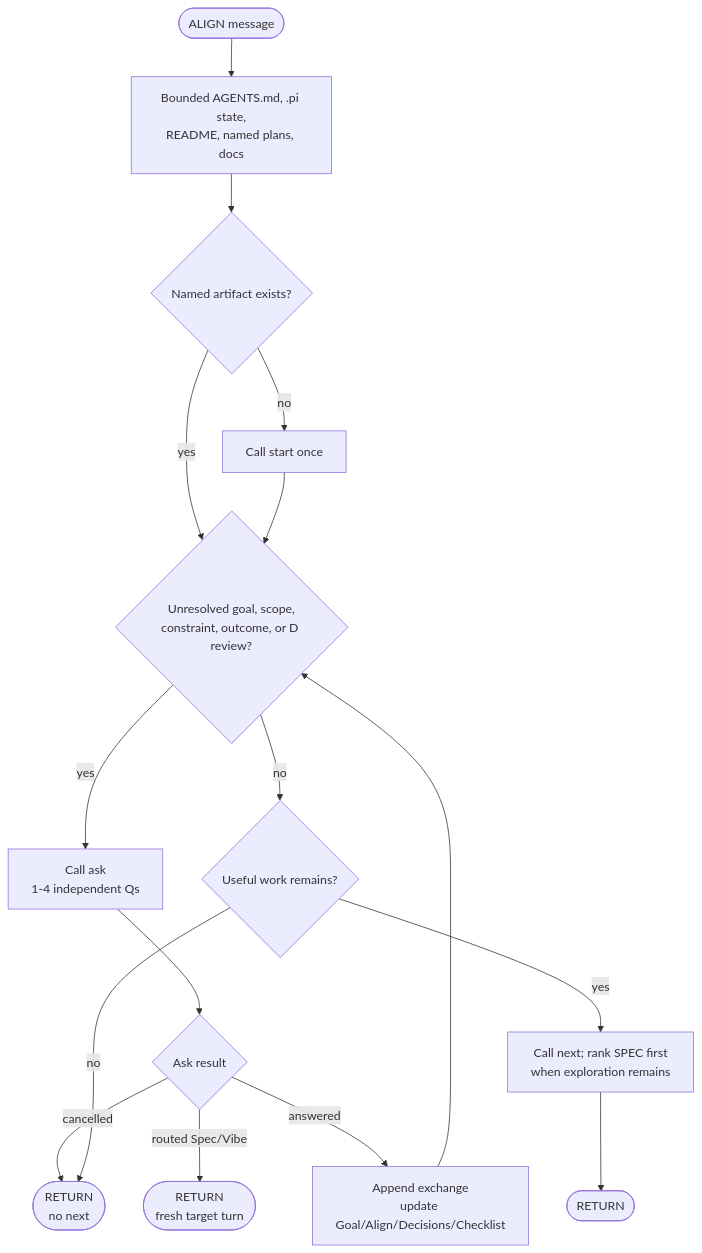
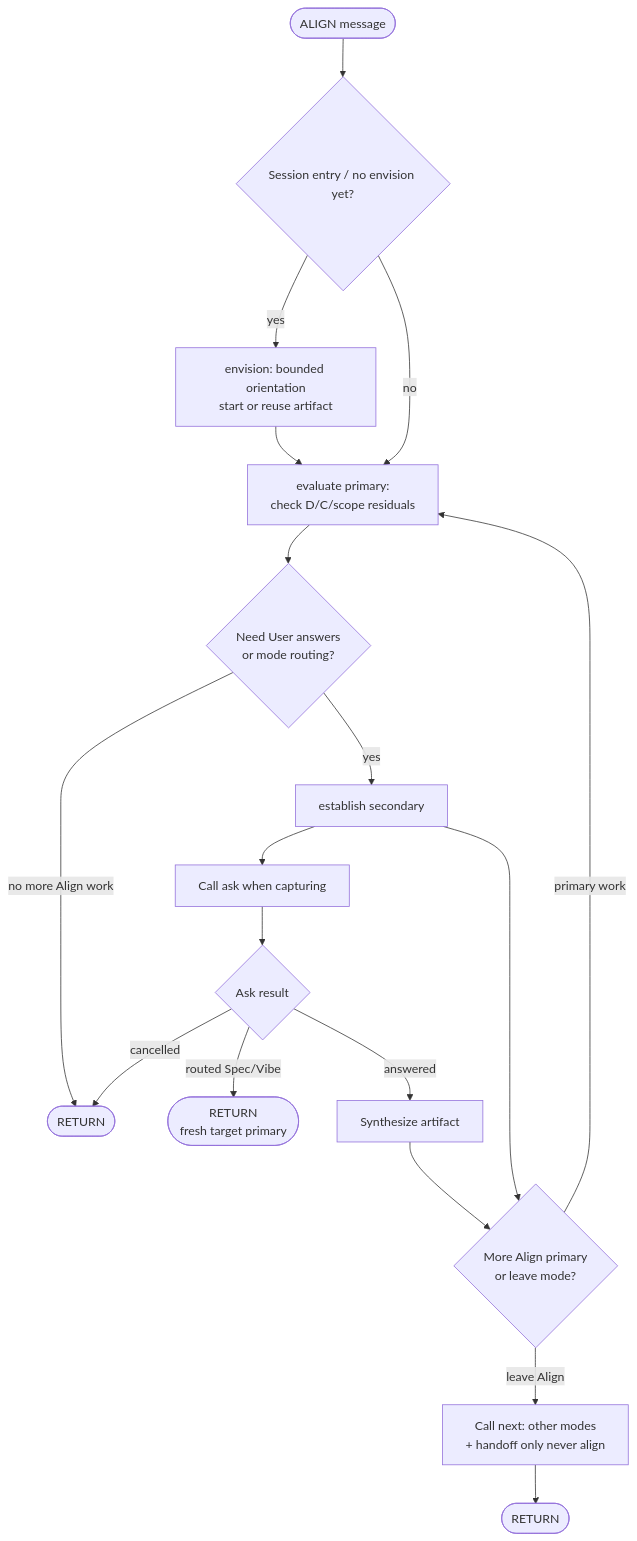
The fourth of 12 diagrams in docs/AGENT-WORKFLOW-DIAGRAMS.md (dhumdil-apps/pi-director), drawn with Mermaid before and after one commit. The commit also changed other lines of this file and 5 other files, not shown here.

Commit message:
refactor: restructure agent workflow into primary and secondary mode roles with updated runtime gating and documentation.

````diff
--- a/docs/AGENT-WORKFLOW-DIAGRAMS.md
+++ b/docs/AGENT-WORKFLOW-DIAGRAMS.md
@@ -100,18 +100,20 @@
 ```mermaid
 flowchart TD
-    Enter([ALIGN message]) --> Orient[Bounded AGENTS.md, .pi state,<br/>README, named plans, docs]
-    Orient --> Named{Named artifact exists?}
-    Named -- no --> Start[Call start once]
-    Named -- yes --> Unresolved
-    Start --> Unresolved{Unresolved goal, scope,<br/>constraint, outcome, or D review?}
-    Unresolved -- yes --> Ask[Call ask<br/>1-4 independent Qs]
+    Enter([ALIGN message]) --> Entry{Session entry / no envision yet?}
+    Entry -- yes --> Orient[envision: bounded orientation<br/>start or reuse artifact]
+    Orient --> Eval
+    Entry -- no --> Eval[evaluate primary:<br/>check D/C/scope residuals]
+    Eval --> Need{Need User answers<br/>or mode routing?}
+    Need -- no more Align work --> Stop([RETURN])
+    Need -- yes --> Est[establish secondary]
+    Est --> Ask[Call ask when capturing]
     Ask --> Result{Ask result}
-    Result -- cancelled --> Stop([RETURN<br/>no next])
-    Result -- routed Spec/Vibe --> Settle([RETURN<br/>fresh target turn])
-    Result -- answered --> Synthesize[Append exchange<br/>update Goal/Align/Decisions/Checklist]
-    Synthesize --> Unresolved
-    Unresolved -- no --> Useful{Useful work remains?}
-    Useful -- yes --> Next["Call next; rank SPEC first<br/>when exploration remains"]
-    Useful -- no --> Stop
+    Result -- cancelled --> Stop
+    Result -- routed Spec/Vibe --> Settle([RETURN<br/>fresh target primary])
+    Result -- answered --> Synth[Synthesize artifact]
+    Synth --> Back{More Align primary<br/>or leave mode?}
+    Est --> Back
+    Back -- primary work --> Eval
+    Back -- leave Align --> Next["Call next: other modes<br/>+ handoff only never align"]
     Next --> Done([RETURN])
 ```
````
